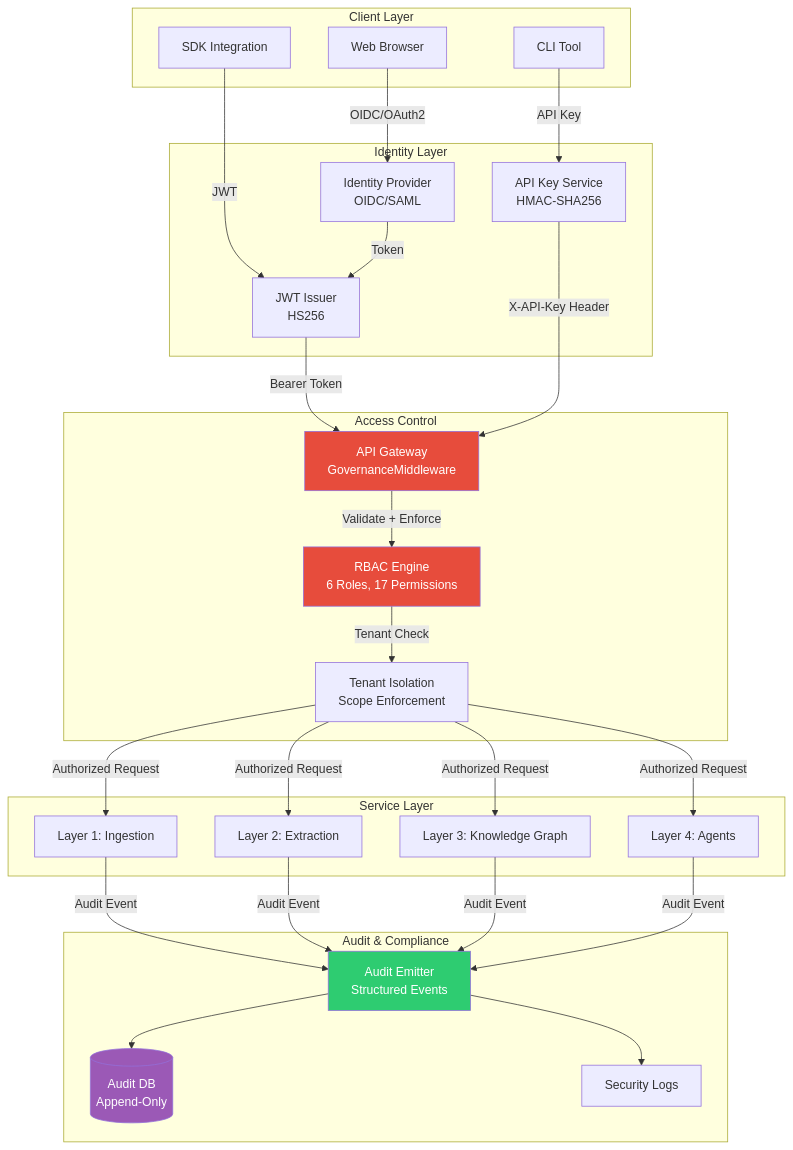
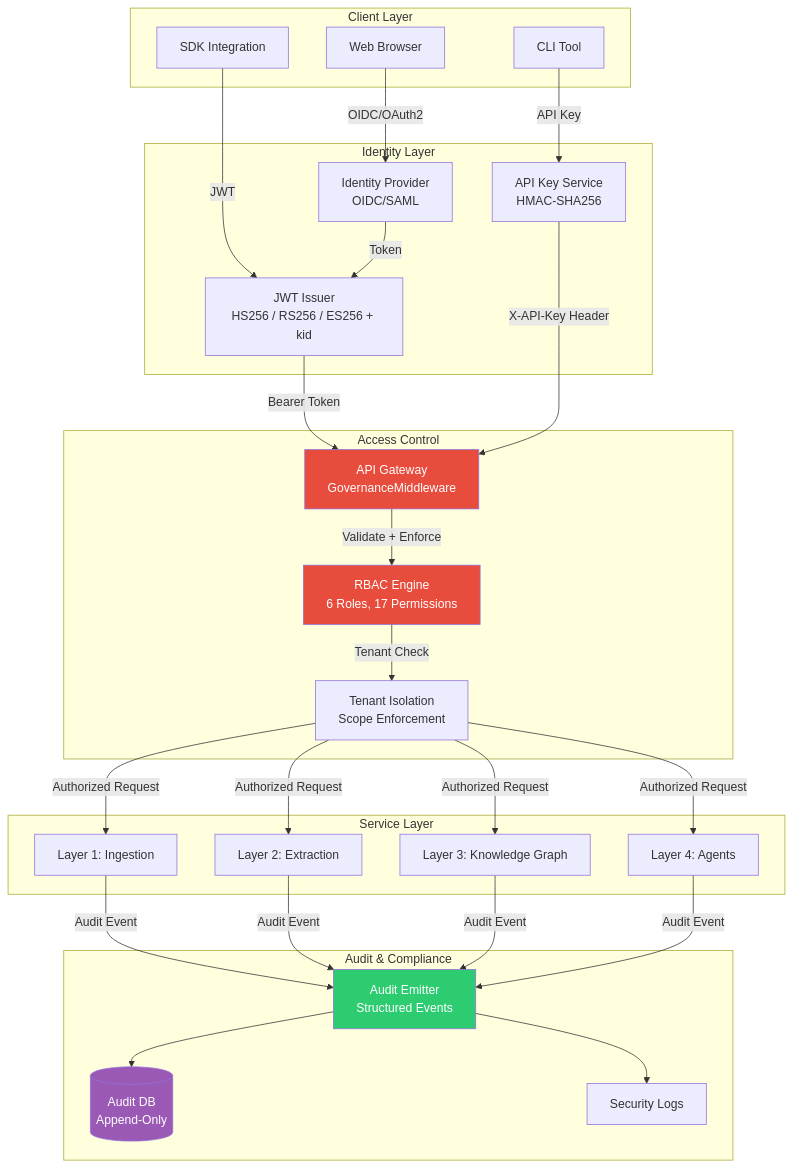
The first of 5 diagrams in docs/core-concepts/security-model.md (bmsull560/Fabric_4L), drawn with Mermaid before and after one commit. The commit also changed other lines of this file and 5 other files, not shown here.

Commit message:
feat: add kid-based jwt key rotation and asymmetric signing support

````diff
--- a/docs/core-concepts/security-model.md
+++ b/docs/core-concepts/security-model.md
@@ -32,62 +32,62 @@
 ```mermaid
 graph TB
     subgraph "Client Layer"
         WEB[Web Browser]
         CLI[CLI Tool]
         SDK[SDK Integration]
     end
     
     subgraph "Identity Layer"
         IDP[Identity Provider<br/>OIDC/SAML]
-        JWT[JWT Issuer<br/>HS256]
+        JWT[JWT Issuer<br/>HS256 / RS256 / ES256 + kid]
         API_KEY[API Key Service<br/>HMAC-SHA256]
     end
     
     subgraph "Access Control"
         GW[API Gateway<br/>GovernanceMiddleware]
         RBAC[RBAC Engine<br/>6 Roles, 17 Permissions]
         TENANT[Tenant Isolation<br/>Scope Enforcement]
     end
     
     subgraph "Service Layer"
         L1[Layer 1: Ingestion]
         L2[Layer 2: Extraction]
         L3[Layer 3: Knowledge Graph]
         L4[Layer 4: Agents]
     end
     
     subgraph "Audit & Compliance"
         AUDIT[Audit Emitter<br/>Structured Events]
         DB_AUDIT[(Audit DB<br/>Append-Only)]
         LOGS[Security Logs]
     end
     
     WEB -->|OIDC/OAuth2| IDP
     CLI -->|API Key| API_KEY
     SDK -->|JWT| JWT
     
     IDP -->|Token| JWT
     JWT -->|Bearer Token| GW
     API_KEY -->|X-API-Key Header| GW
     
     GW -->|Validate + Enforce| RBAC
     RBAC -->|Tenant Check| TENANT
     
     TENANT -->|Authorized Request| L1
     TENANT -->|Authorized Request| L2
     TENANT -->|Authorized Request| L3
     TENANT -->|Authorized Request| L4
     
     L1 -->|Audit Event| AUDIT
     L2 -->|Audit Event| AUDIT
     L3 -->|Audit Event| AUDIT
     L4 -->|Audit Event| AUDIT
     
     AUDIT --> DB_AUDIT
     AUDIT --> LOGS
     
     style GW fill:#e74c3c,color:white
     style RBAC fill:#e74c3c,color:white
     style AUDIT fill:#2ecc71,color:white
     style DB_AUDIT fill:#9b59b6,color:white
 ```
````
